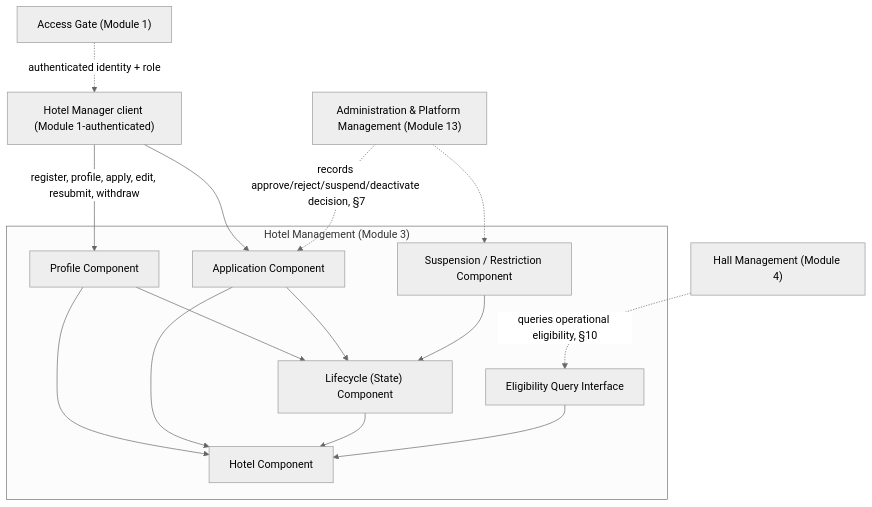
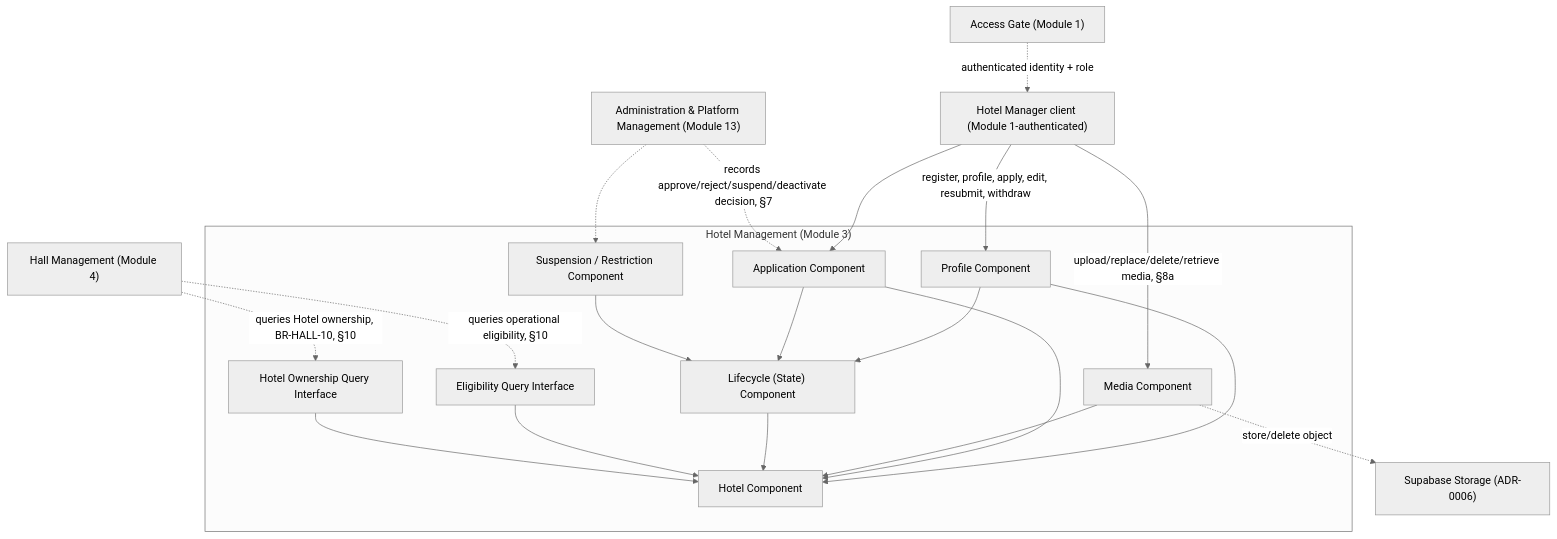
Before and after one commit to Ahmed-Naafic/hotel-hall-booking-system: the first of 11 diagrams in docs/05-technical-design/modules/03-hotel-management/technical-design.md, drawn with Mermaid (neutral theme). The commit also changed other lines of this file and 213 other files, not shown here.

````diff
--- a/docs/05-technical-design/modules/03-hotel-management/technical-design.md
+++ b/docs/05-technical-design/modules/03-hotel-management/technical-design.md
@@ -112,27 +114,34 @@
 ```mermaid
 graph TD
     subgraph "Hotel Management (Module 3)"
         HC["Hotel Component"]
         PC["Profile Component"]
         AppC["Application Component"]
         LC["Lifecycle (State) Component"]
         EQ["Eligibility Query Interface"]
+        OQ["Hotel Ownership Query Interface"]
         SR["Suspension / Restriction Component"]
+        MC["Media Component"]
     end
 
     Client["Hotel Manager client (Module 1-authenticated)"] -->|register, profile, apply, edit, resubmit, withdraw| PC
     Client --> AppC
+    Client -->|upload/replace/delete/retrieve media, §8a| MC
     PC --> HC
     AppC --> HC
+    MC --> HC
     PC --> LC
     AppC --> LC
     SR --> LC
     LC --> HC
 
     AdminMod["Administration & Platform Management (Module 13)"] -.->|records approve/reject/suspend/deactivate decision, §7| AppC
     AdminMod -.-> SR
 
     AG["Access Gate (Module 1)"] -.->|authenticated identity + role| Client
     HallMod["Hall Management (Module 4)"] -.->|queries operational eligibility, §10| EQ
+    HallMod -.->|queries Hotel ownership, BR-HALL-10, §10| OQ
     EQ --> HC
+    OQ --> HC
+    MC -.->|store/delete object| Supabase["Supabase Storage (ADR-0006)"]
 ```
````
